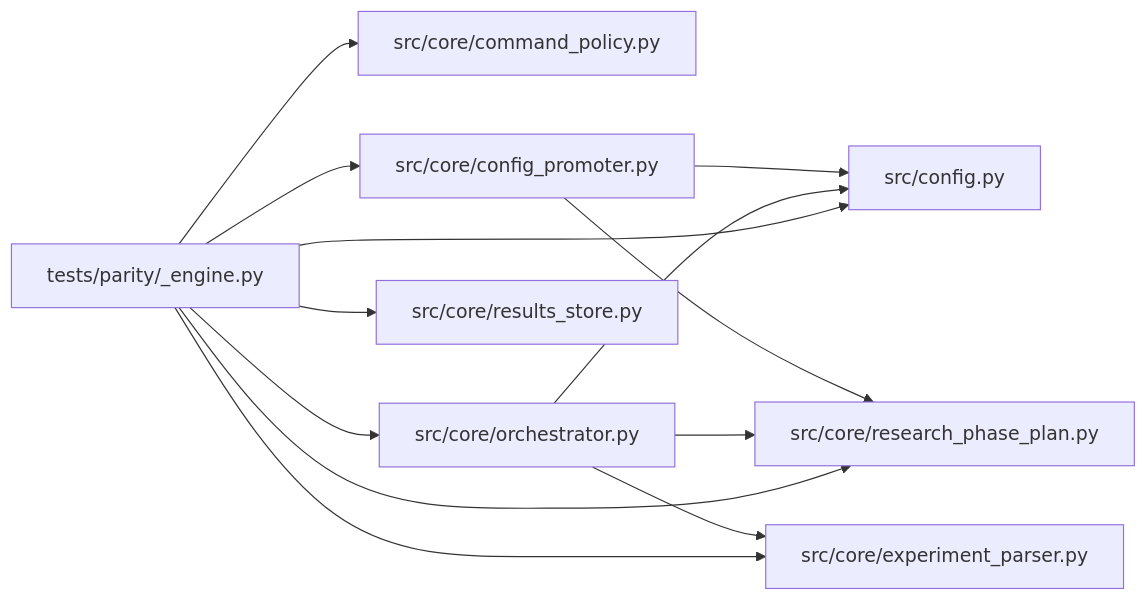
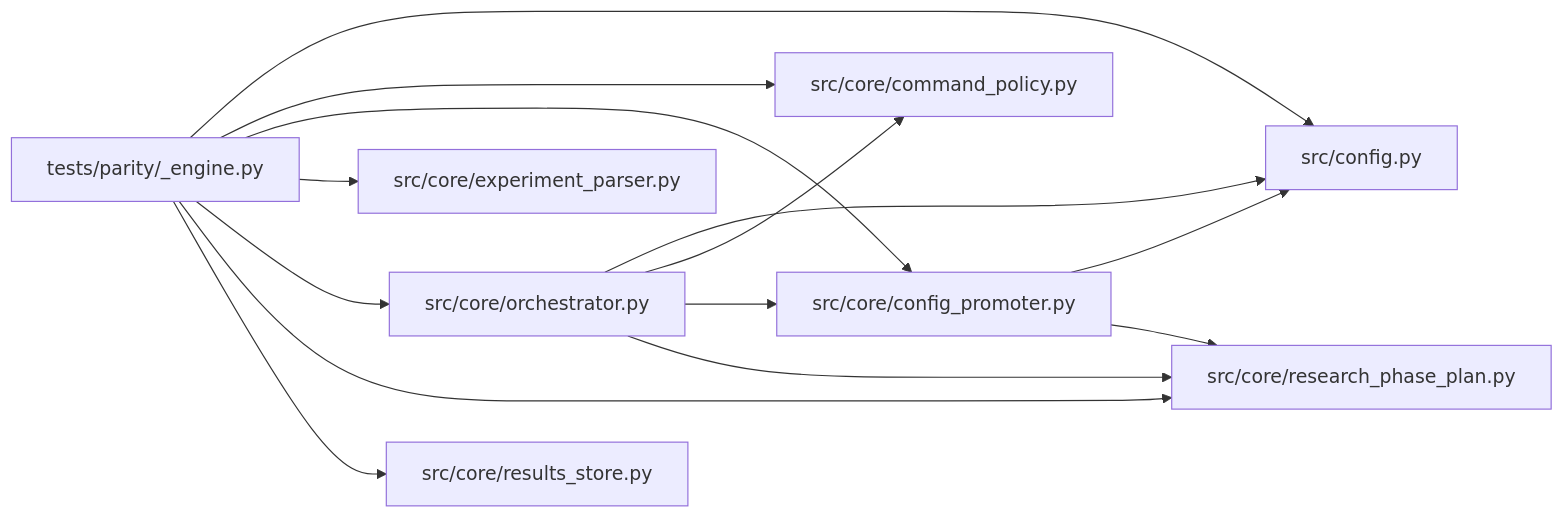
The diagram in docs/llm_wiki/modules/_engine.md (Denissvgn/autoresearch-agent), drawn with Mermaid before and after one commit. The commit also changed 1033 other files, not shown here.

````diff
--- a/docs/llm_wiki/modules/_engine.md
+++ b/docs/llm_wiki/modules/_engine.md
@@ -44,31 +44,32 @@
 ```mermaid
 flowchart LR
     n0["src/config.py"]
     n1["src/core/command_policy.py"]
     n2["src/core/config_promoter.py"]
     n3["src/core/experiment_parser.py"]
     n4["src/core/orchestrator.py"]
     n5["src/core/research_phase_plan.py"]
     n6["src/core/results_store.py"]
     n7["tests/parity/_engine.py"]
     n2 --> n0
     n2 --> n5
     n4 --> n0
-    n4 --> n3
+    n4 --> n1
+    n4 --> n2
     n4 --> n5
     n7 --> n0
     n7 --> n1
     n7 --> n2
     n7 --> n3
     n7 --> n4
     n7 --> n5
     n7 --> n6
     click n0 "../modules/config.md"
     click n1 "../modules/command_policy.md"
     click n2 "../modules/config_promoter.md"
     click n3 "../modules/experiment_parser.md"
     click n4 "../modules/orchestrator.md"
     click n5 "../modules/research_phase_plan.md"
     click n6 "../modules/results_store.md"
     click n7 "../modules/_engine.md"
 ```
````
